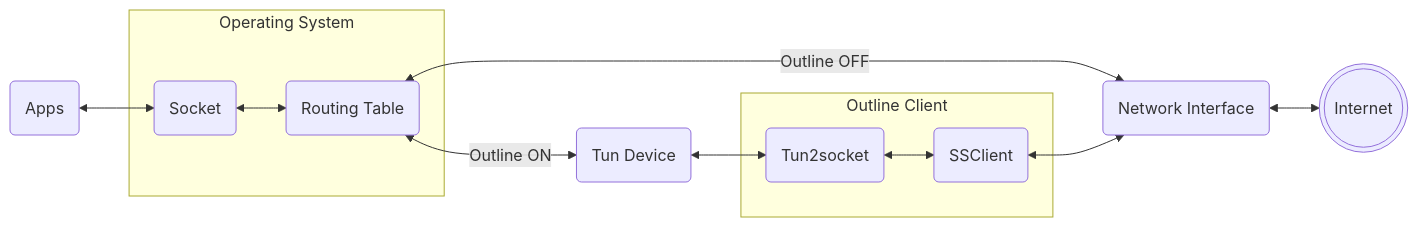
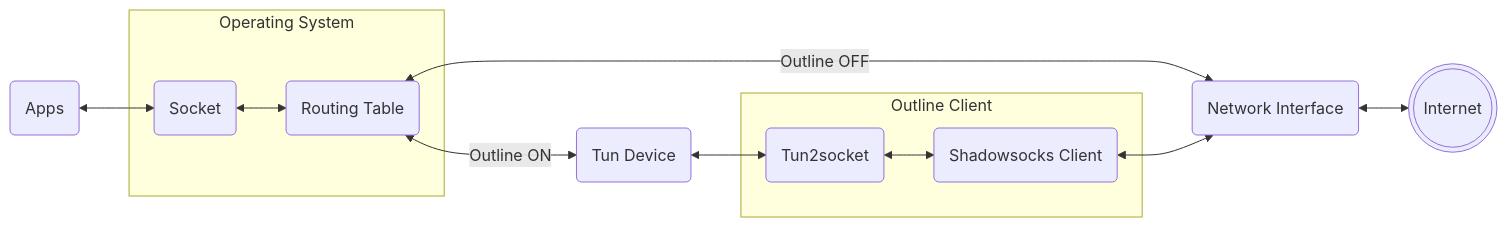
One commit to Jigsaw-Code/outline-apps changed the diagram in docs/life-of-a-packet.md. Above: the diagram before and after it, drawn with Mermaid.

````diff
--- a/docs/life-of-a-packet.md
+++ b/docs/life-of-a-packet.md
@@ -3,15 +3,15 @@
 ```mermaid
 flowchart LR
   A(Apps) <--> S(Socket)
   subgraph Operating System
     S <--> R(Routing Table)
   end
   R <-- Outline OFF --> IF(Network Interface)
   IF <--> INET(((Internet)))
   R <-- Outline ON --> TUN(Tun Device)
   TUN <--> T2S(Tun2socket)
   subgraph Outline Client
-    T2S <--> SC(SSClient)
+    T2S <--> SC(Shadowsocks Client)
   end
   SC <--> IF
 ```
````
